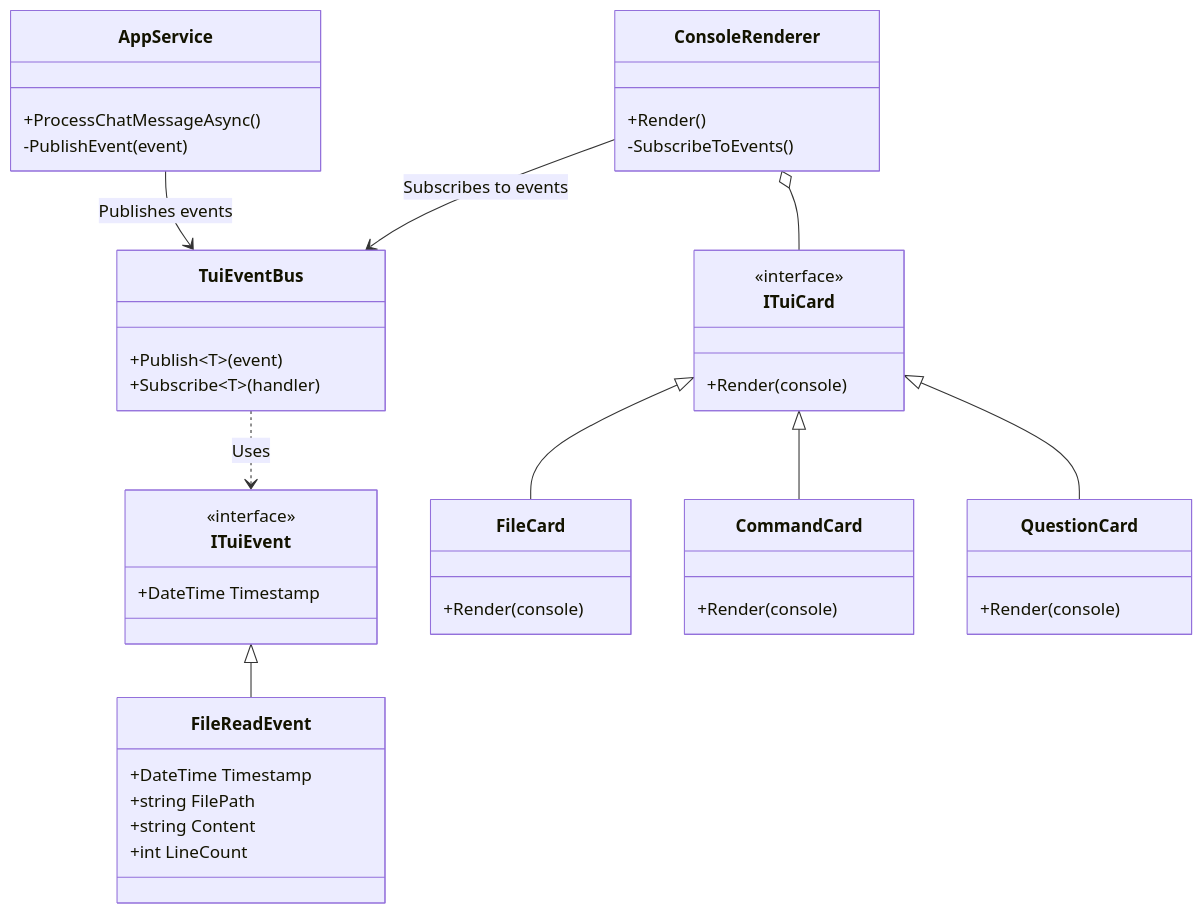
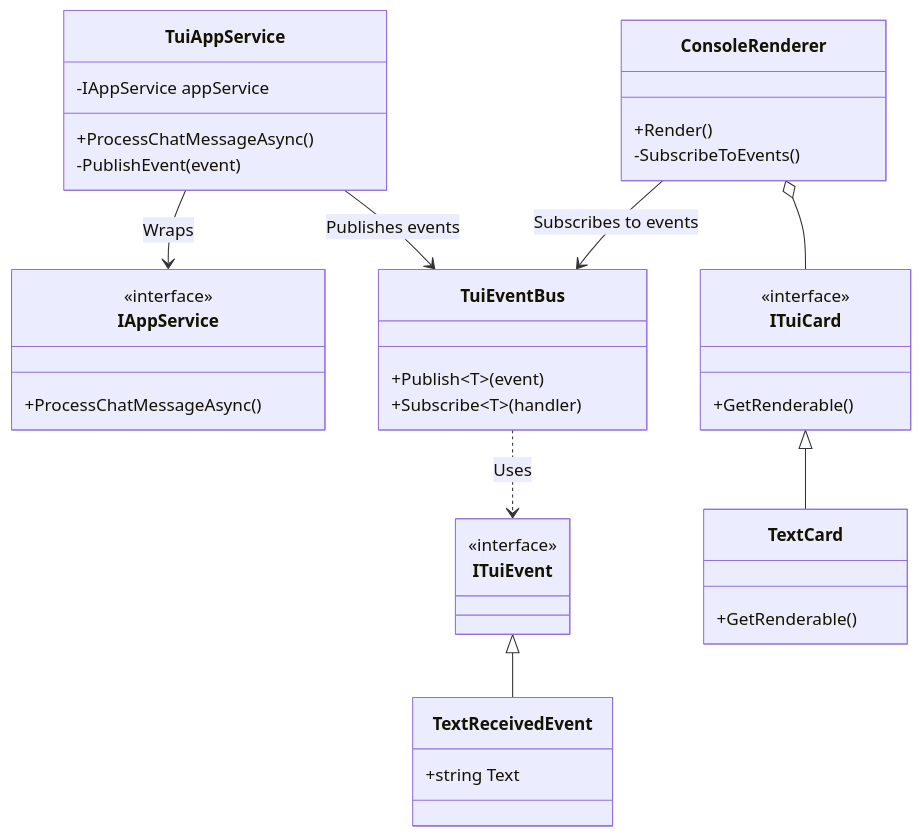
The second of 2 diagrams in docs/features/tui/architecture_and_design.md (peakflames/mogzi), drawn with Mermaid before and after one commit. The commit also changed other lines of this file and 6 other files, not shown here.

````diff
--- a/docs/features/tui/architecture_and_design.md
+++ b/docs/features/tui/architecture_and_design.md
@@ -92,47 +96,41 @@
 ```mermaid
 classDiagram
-    class AppService {
+    class IAppService {
+        <<interface>>
+        +ProcessChatMessageAsync()
+    }
+    class TuiAppService {
+        -IAppService appService
         +ProcessChatMessageAsync()
         -PublishEvent(event)
     }
     class TuiEventBus {
         +Publish~T~(event)
         +Subscribe~T~(handler)
     }
     class ITuiEvent {
         <<interface>>
-        +DateTime Timestamp
     }
     class ConsoleRenderer {
         +Render()
         -SubscribeToEvents()
     }
     class ITuiCard {
         <<interface>>
-        +Render(console)
+        +GetRenderable()
     }
-    class FileCard {
-        +Render(console)
+    class TextCard {
+        +GetRenderable()
     }
-    class CommandCard {
-        +Render(console)
-    }
-    class QuestionCard {
-        +Render(console)
-    }
-    class FileReadEvent {
-        +DateTime Timestamp
-        +string FilePath
-        +string Content
-        +int LineCount
+    class TextReceivedEvent {
+        +string Text
     }
 
-    AppService --> TuiEventBus : Publishes events
+    TuiAppService --> IAppService : Wraps
+    TuiAppService --> TuiEventBus : Publishes events
     ConsoleRenderer --> TuiEventBus : Subscribes to events
     ConsoleRenderer o-- ITuiCard
-    ITuiCard <|-- FileCard
-    ITuiCard <|-- CommandCard
-    ITuiCard <|-- QuestionCard
-    ITuiEvent <|-- FileReadEvent
+    ITuiCard <|-- TextCard
+    ITuiEvent <|-- TextReceivedEvent
     TuiEventBus ..> ITuiEvent : Uses
 ```
````
